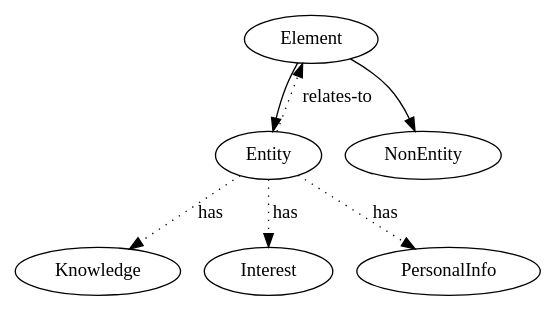
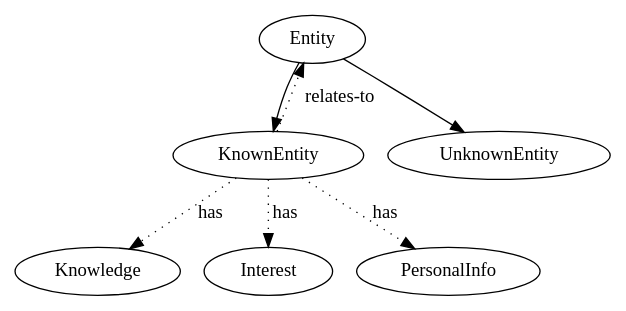
One commit to andrenho/andrenho changed the diagram in academia/eprofile/graficos/ont_perfil2.dot. Above: the diagram before and after it, drawn with Graphviz. The commit also changed 5 other files, not shown here.

```diff
--- a/academia/eprofile/graficos/ont_perfil2.dot
+++ b/academia/eprofile/graficos/ont_perfil2.dot
@@ -1,15 +1,15 @@
 digraph perfil {
 
-  Element -> Entity;
-  Element -> NonEntity;
+  Entity -> KnownEntity;
+  Entity -> UnknownEntity;
   //Entity -> Device;
 
-  Entity -> Element [label="relates-to", style="dotted"];
+  KnownEntity -> Entity [label="relates-to", style="dotted"];
   //Entity -> Device [label="owns", style="dotted"];
-  Entity -> Knowledge [label="has", style="dotted"];
-  Entity -> Interest [label="has", style="dotted"];
-  Entity -> PersonalInfo [label="has", style="dotted"];
+  KnownEntity -> Knowledge [label="has", style="dotted"];
+  KnownEntity -> Interest [label="has", style="dotted"];
+  KnownEntity -> PersonalInfo [label="has", style="dotted"];
   //Entity -> Entity [label="knows", style="dotted"];
 
   //labelfontsize=10;
 }
```
